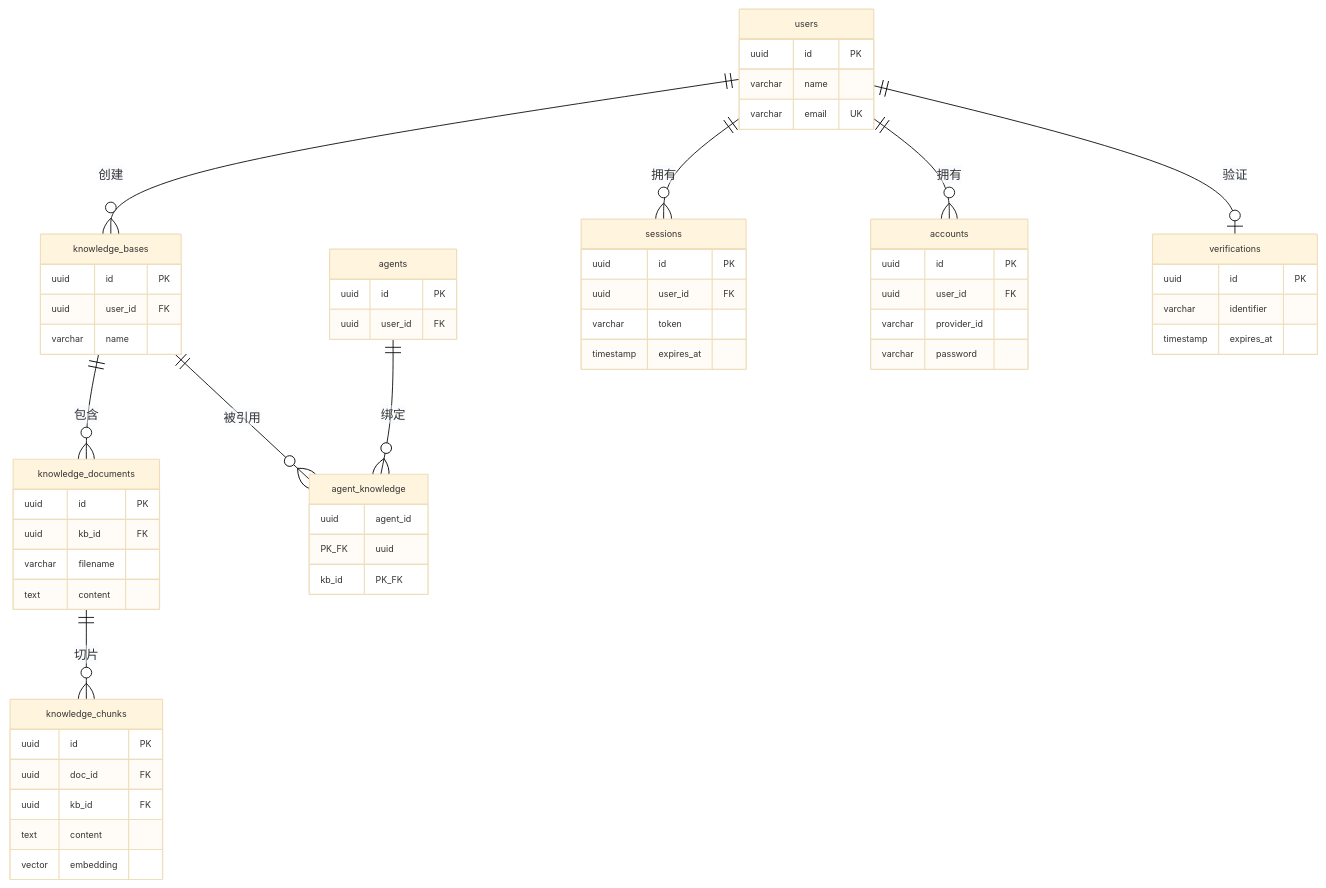
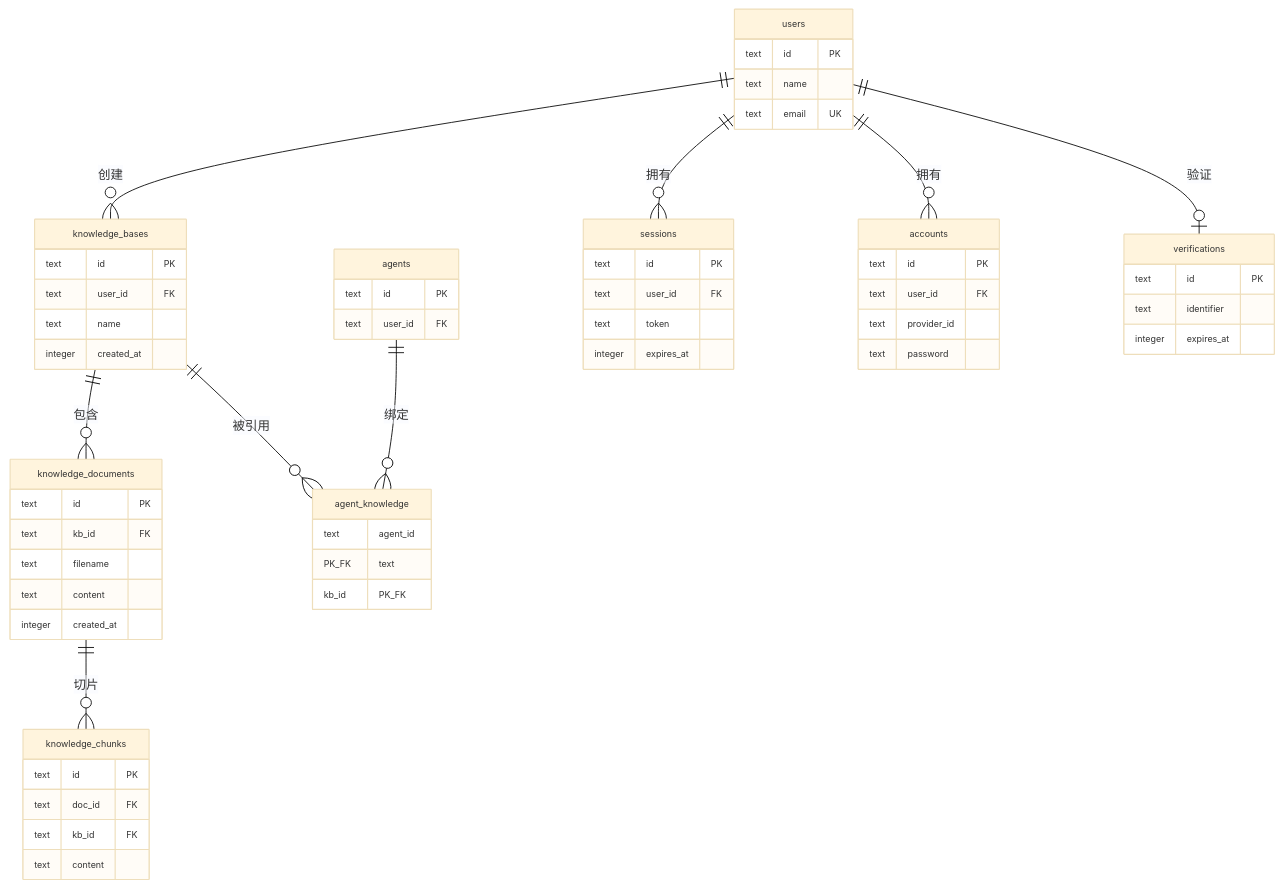
The fourth of 7 diagrams in docs/architecture.md (xCreat0r/simple-ai-agent-plateform), drawn with Mermaid before and after one commit. The commit also changed other lines of this file and 217 other files, not shown here.

````diff
--- a/docs/architecture.md
+++ b/docs/architecture.md
@@ -172,69 +214,70 @@
 ```mermaid
 %%{init: {'theme': 'base', 'themeVariables': {'fontSize': '10px'}}}%%
 erDiagram
     users {
-        uuid id PK
-        varchar name
-        varchar email UK
+        text id PK
+        text name
+        text email UK
     }
 
     knowledge_bases {
-        uuid id PK
-        uuid user_id FK
-        varchar name
+        text id PK
+        text user_id FK
+        text name
+        integer created_at
     }
 
     knowledge_documents {
-        uuid id PK
-        uuid kb_id FK
-        varchar filename
+        text id PK
+        text kb_id FK
+        text filename
+        text content
+        integer created_at
+    }
+
+    knowledge_chunks {
+        text id PK
+        text doc_id FK
+        text kb_id FK
         text content
     }
 
-    knowledge_chunks {
-        uuid id PK
-        uuid doc_id FK
-        uuid kb_id FK
-        text content
-        vector embedding
-    }
-
     agent_knowledge {
-        uuid agent_id PK_FK
-        uuid kb_id PK_FK
+        text agent_id PK_FK
+        text kb_id PK_FK
     }
 
     agents {
-        uuid id PK
-        uuid user_id FK
+        text id PK
+        text user_id FK
     }
 
     sessions {
-        uuid id PK
-        uuid user_id FK
-        varchar token
-        timestamp expires_at
+        text id PK
+        text user_id FK
+        text token
+        integer expires_at
     }
 
     accounts {
-        uuid id PK
-        uuid user_id FK
-        varchar provider_id
-        varchar password
+        text id PK
+        text user_id FK
+        text provider_id
+        text password
     }
 
     verifications {
-        uuid id PK
-        varchar identifier
-        timestamp expires_at
+        text id PK
+        text identifier
+        integer expires_at
     }
 
     users ||--o{ knowledge_bases : "创建"
     users ||--o{ sessions : "拥有"
     users ||--o{ accounts : "拥有"
     users ||--o| verifications : "验证"
     knowledge_bases ||--o{ knowledge_documents : "包含"
     knowledge_documents ||--o{ knowledge_chunks : "切片"
     agents ||--o{ agent_knowledge : "绑定"
     knowledge_bases ||--o{ agent_knowledge : "被引用"
 ```
````
